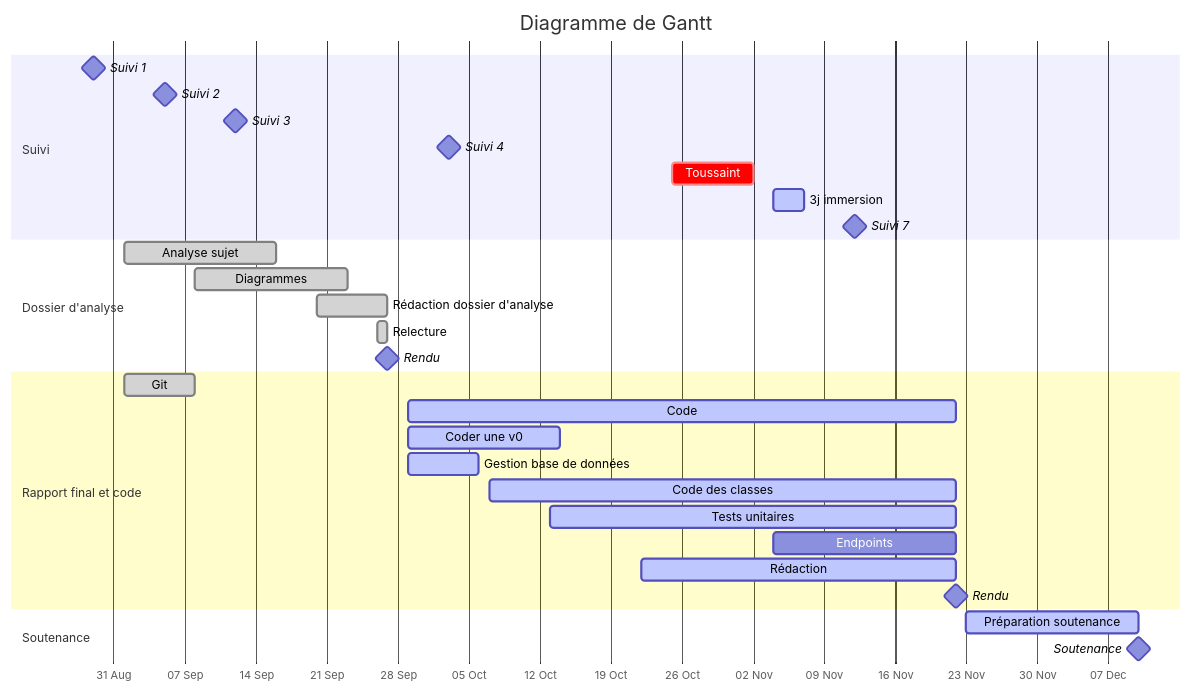
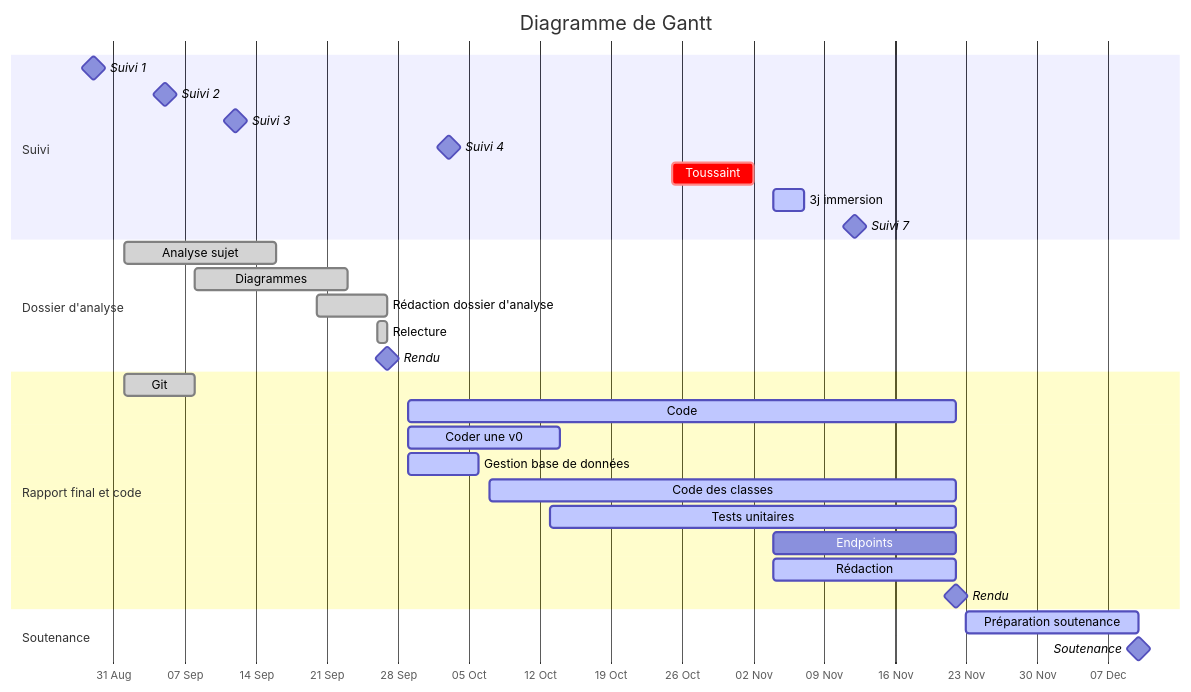
Before and after one commit to bbrunel/ENSAI-2A-projet-info: the first of 2 diagrams in doc/diag_gantt.md, drawn with Mermaid.

Commit message:
modif temps

````diff
--- a/doc/diag_gantt.md
+++ b/doc/diag_gantt.md
@@ -1,40 +1,40 @@
 ```mermaid
 gantt
     %% doc : https://mermaid-js.github.io/mermaid/#/./gantt
     dateFormat  YYYY-MM-DD
     axisFormat  %d %b
     title       Diagramme de Gantt
     %%excludes  YYYY-MM-DD and/or sunday and/or weekends 
      
     section Suivi
     Suivi 1                      :milestone, 2025-08-29,
     Suivi 2                      :milestone, 2025-09-05,
     Suivi 3                      :milestone, 2025-09-12,
     Suivi 4                      :milestone, 2025-10-03,
     Toussaint                    :crit,    2025-10-25, 2025-11-02
     3j immersion                 :active,    2025-11-04, 3d
     Suivi 7                      :milestone, 2025-11-17
 
     section Dossier d'analyse
     Analyse sujet                :done,      2025-09-01, 15d
     Diagrammes                   :done,    2025-09-08, 15d
     Rédaction dossier d'analyse  :done,    2025-09-20, 2025-09-27
     Relecture                    :done,    2025-09-26, 2025-09-27
     Rendu                        :milestone, 2025-09-27,
     
     section Rapport final et code
     Git                          :done,    2025-09-01, 7d
     Code                         :active,    2025-09-29, 2025-11-22
     Coder une v0                 :active,    2025-09-29, 15d
     Gestion base de données      :active,    2025-09-29, 7d
     Code des classes             :active,    2025-10-07, 2025-11-22
     Tests unitaires              :active,    2025-10-13, 2025-11-22
     Endpoints                    :active     2025-11-04, 2025-11-22
-    Rédaction                    :active,    2025-10-22, 2025-11-22
+    Rédaction                    :active,    2025-11-04, 2025-11-22
     Rendu                        :milestone, 2025-11-22,
 
     section Soutenance
     Préparation soutenance       :active,    2025-11-23, 2025-12-10
     Soutenance                   :milestone, 2025-12-10,
 
 ```
````
